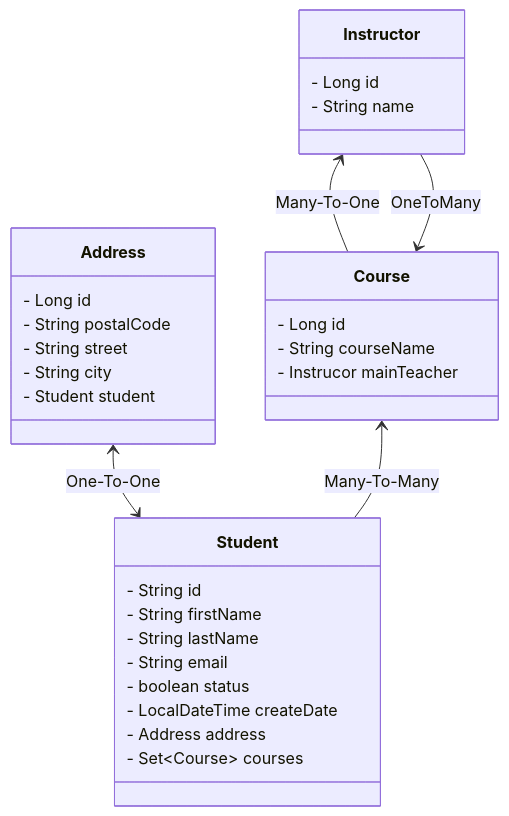
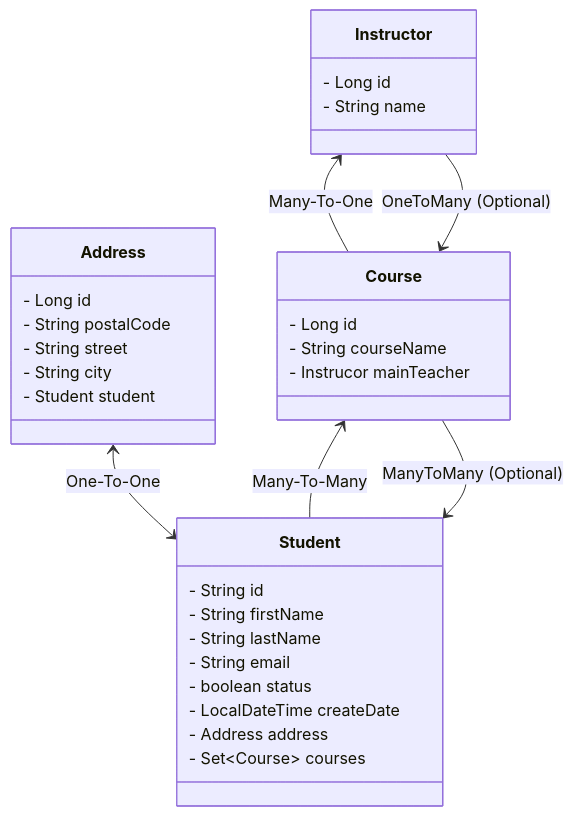
Before and after one commit to Spindelen/G58-jpa_lecture: the diagram in Class Diagram - Mermaid.md, drawn with Mermaid. The commit also changed 2 other files, not shown here.

Commit message:
Add bi-directional `Many-To-Many` relationship between `Student` and `Course`, update diagrams and entity logic

`````diff
--- a/Class Diagram - Mermaid.md
+++ b/Class Diagram - Mermaid.md
@@ -1,44 +1,45 @@
 ````mermaid
 
 classDiagram
     direction BT
     
     %% Entities
     
     class Student{
         - String id
         - String firstName
         - String lastName
         - String email
         - boolean status
         - LocalDateTime createDate
         - Address address
         - Set~Course~ courses
     }
     class Address {
         - Long id
         - String postalCode
         - String street
         - String city
         - Student student
     }
     
     class Course{
         - Long id
         - String courseName
         - Instrucor mainTeacher
     }
     
     class Instructor{
         - Long id
         - String name
     }
     
     
     %% Relationships
     Student <--> Address : One-To-One
     Course  --> Instructor : Many-To-One
     Student --> Course : Many-To-Many
-    Course <-- Instructor: OneToMany
+    Course <-- Instructor: OneToMany (Optional)
+    Student <-- Course: ManyToMany (Optional)
     
 ````
`````
